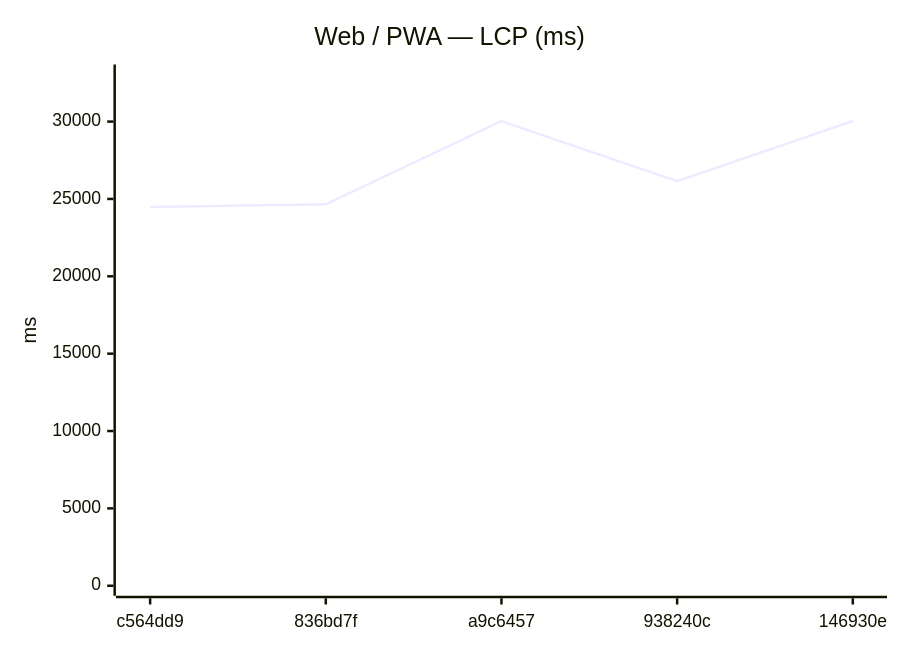
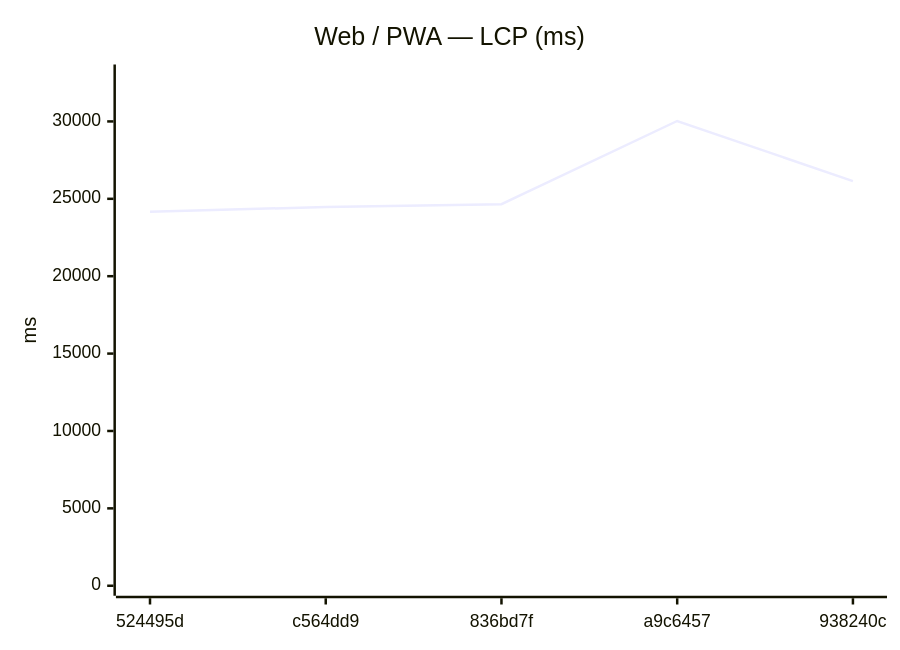
The fifth of 12 diagrams in benchmarks/compare.md (Metaheurist/Rianell), drawn with Mermaid before and after one commit. The commit also changed other lines of this file and 8 other files, not shown here.

````diff
--- a/benchmarks/compare.md
+++ b/benchmarks/compare.md
@@ -82,7 +82,7 @@
 ```mermaid
 xychart-beta
     title "Web / PWA — LCP (ms)"
-    x-axis ["c564dd9", "836bd7f", "a9c6457", "938240c", "146930e"]
-    y-axis "ms" 0 --> 33043
-    line [24475, 24652, 30029, 26143, 30039]
+    x-axis ["524495d", "c564dd9", "836bd7f", "a9c6457", "938240c"]
+    y-axis "ms" 0 --> 33032
+    line [24158, 24475, 24652, 30029, 26143]
 ```
````
